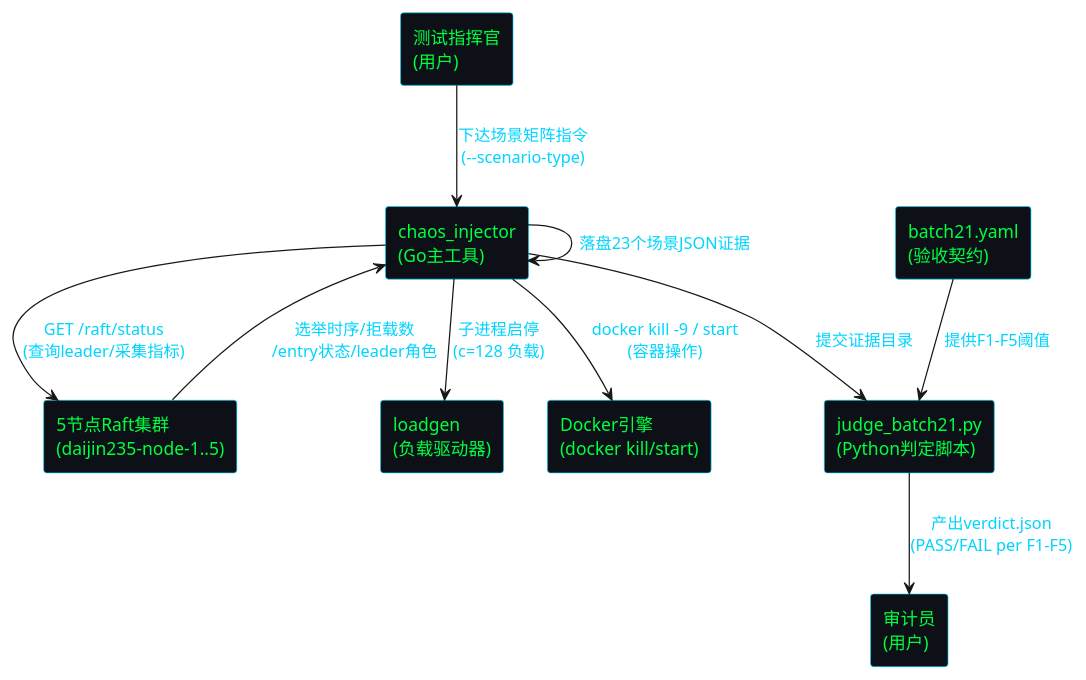
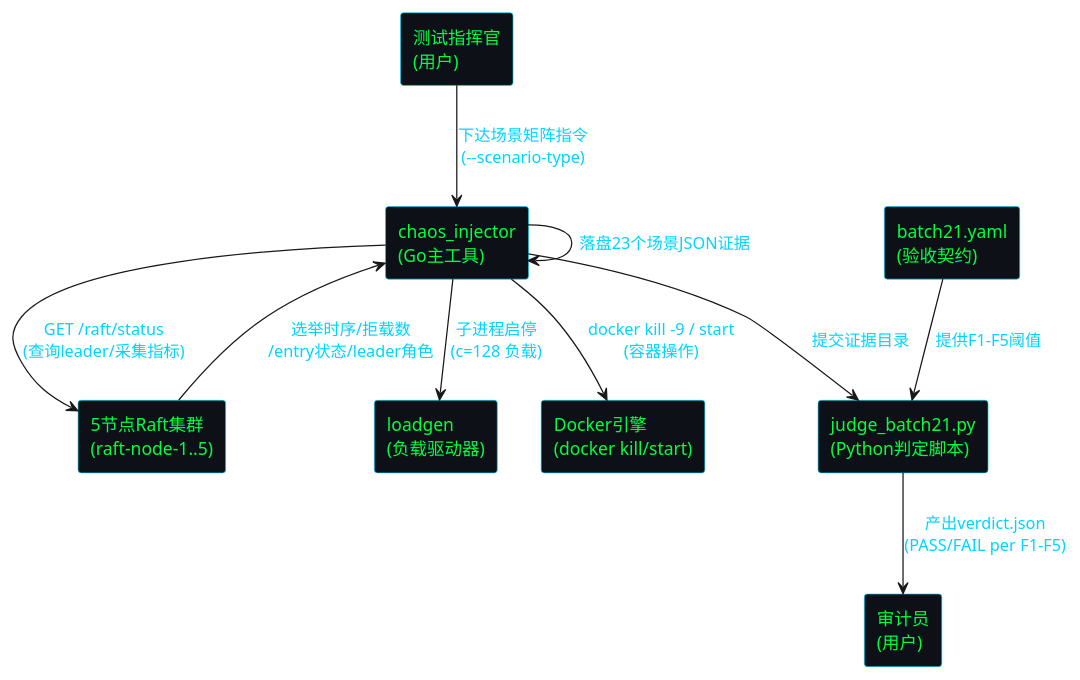
The first of 5 diagrams in docs/specs/fault_injection/design.md (raftkv/raftkv), drawn with PlantUML before and after one commit. The commit also changed other lines of this file and 369 other files, not shown here.

````diff
--- a/docs/specs/fault_injection/design.md
+++ b/docs/specs/fault_injection/design.md
@@ -175,30 +175,30 @@
 ```plantuml
 @startuml
 skinparam rectangle {
     BackgroundColor #0d1117
     FontColor #00ff41
     BorderColor #00d4ff
 }
 skinparam ArrowFontColor #00d4ff
 
 rectangle "测试指挥官\n(用户)" as Commander
 rectangle "chaos_injector\n(Go主工具)" as FI_Tool
-rectangle "5节点Raft集群\n(daijin235-node-1..5)" as Cluster
+rectangle "5节点Raft集群\n(raft-node-1..5)" as Cluster
 rectangle "loadgen\n(负载驱动器)" as LoadGen
 rectangle "Docker引擎\n(docker kill/start)" as Docker
 rectangle "judge_batch21.py\n(Python判定脚本)" as Judge
 rectangle "batch21.yaml\n(验收契约)" as YAML
 rectangle "审计员\n(用户)" as Auditor
 
 Commander --> FI_Tool : "下达场景矩阵指令\n(--scenario-type)"
 FI_Tool --> Docker : "docker kill -9 / start\n(容器操作)"
 FI_Tool --> Cluster : "GET /raft/status\n(查询leader/采集指标)"
 FI_Tool --> LoadGen : "子进程启停\n(c=128 负载)"
 Cluster --> FI_Tool : "选举时序/拒载数\n/entry状态/leader角色"
 FI_Tool --> FI_Tool : "落盘23个场景JSON证据"
 FI_Tool --> Judge : "提交证据目录"
 YAML --> Judge : "提供F1-F5阈值"
 Judge --> Auditor : "产出verdict.json\n(PASS/FAIL per F1-F5)"
 
 @enduml
 ```
````
